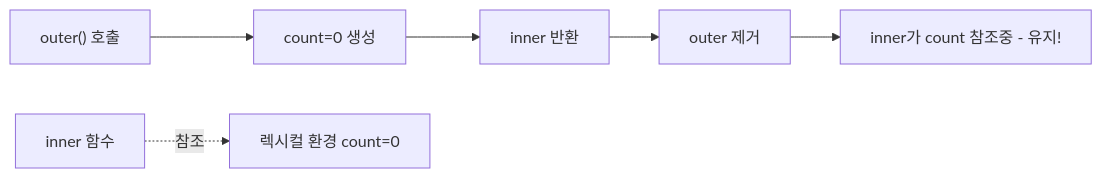
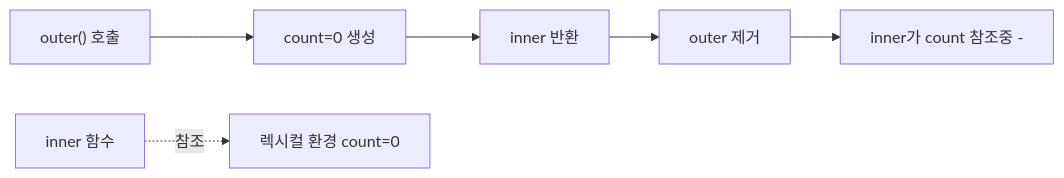
One commit to yjkim2015/yjkim2015.github.io changed the second of 8 diagrams in _posts/frontend/2026-05-02-js-closure.md. Above: the diagram before and after it, drawn with Mermaid. The commit also changed other lines of this file and 271 other files, not shown here.

First line of the commit message:
Mermaid 라벨 축소: 긴 노드 텍스트 18자 이하로 트림 + \n 제거

````diff
--- a/_posts/frontend/2026-05-02-js-closure.md
+++ b/_posts/frontend/2026-05-02-js-closure.md
@@ -79,6 +79,6 @@
 ```mermaid
 flowchart LR
     A["outer() 호출"] --> B["count=0 생성"] --> C["inner 반환"] --> D["outer 제거"]
-    D --> F["inner가 count 참조중 - 유지!"]
+    D --> F["inner가 count 참조중 -"]
     FN["inner 함수"] -.->|"참조"| ENV["렉시컬 환경 count=0"]
 ```
````
